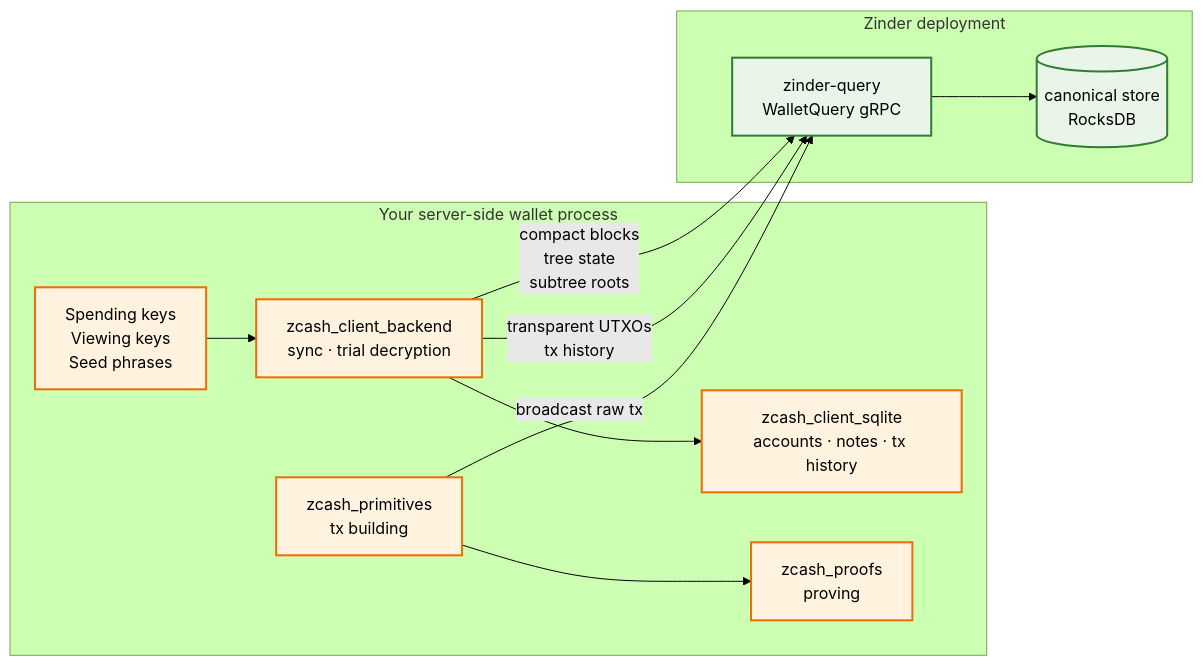
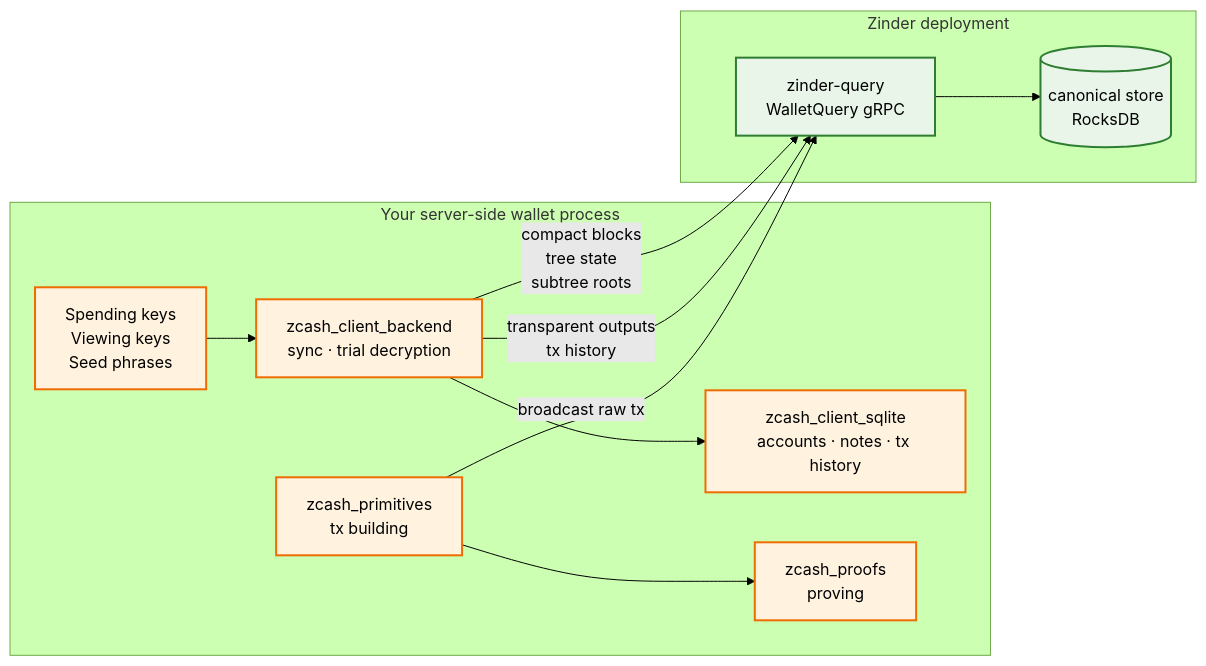
Before and after one commit to gustavovalverde/zinder: the diagram in docs/reference/server-side-wallet-pattern.md, drawn with Mermaid (forest theme). The commit also changed other lines of this file and 213 other files, not shown here.

````diff
--- a/docs/reference/server-side-wallet-pattern.md
+++ b/docs/reference/server-side-wallet-pattern.md
@@ -22,27 +22,27 @@
 ```mermaid
 flowchart LR
     classDef consumer fill:#fff3e0,stroke:#ef6c00,stroke-width:2px
     classDef indexer  fill:#e8f5e8,stroke:#2e7d32,stroke-width:2px
 
     subgraph Consumer["Your server-side wallet process"]
         Keys[Spending keys<br/>Viewing keys<br/>Seed phrases]:::consumer
         Backend[zcash_client_backend<br/>sync · trial decryption]:::consumer
         Sqlite[zcash_client_sqlite<br/>accounts · notes · tx history]:::consumer
         Builder[zcash_primitives<br/>tx building]:::consumer
         Proofs[zcash_proofs<br/>proving]:::consumer
     end
 
     subgraph ZinderSide["Zinder deployment"]
         Zinder[zinder-query<br/>WalletQuery gRPC]:::indexer
         Store[(canonical store<br/>RocksDB)]:::indexer
     end
 
     Backend -->|compact blocks<br/>tree state<br/>subtree roots| Zinder
-    Backend -->|transparent UTXOs<br/>tx history| Zinder
+    Backend -->|transparent outputs<br/>tx history| Zinder
     Builder -->|broadcast raw tx| Zinder
     Keys --> Backend
     Backend --> Sqlite
     Builder --> Proofs
 
     Zinder --> Store
 ```
````
